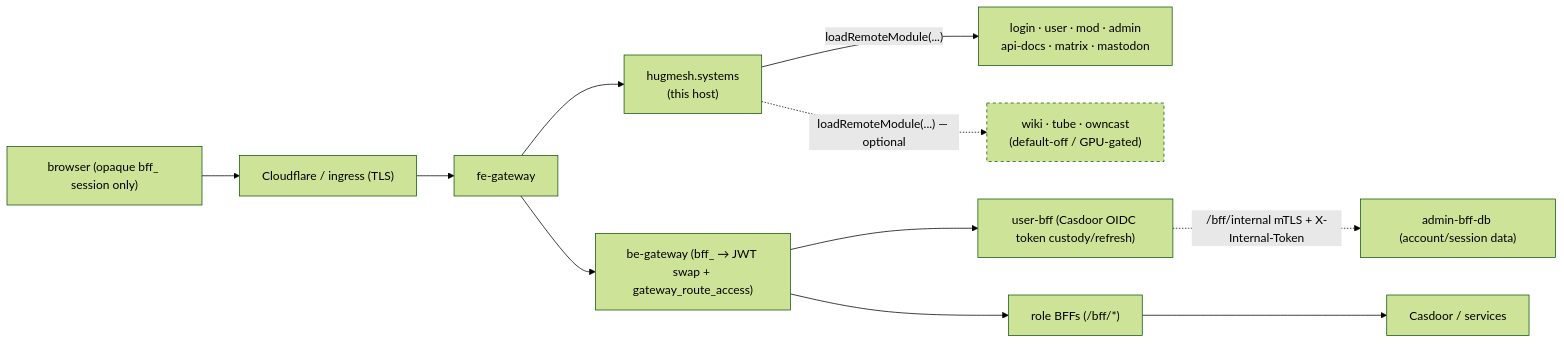
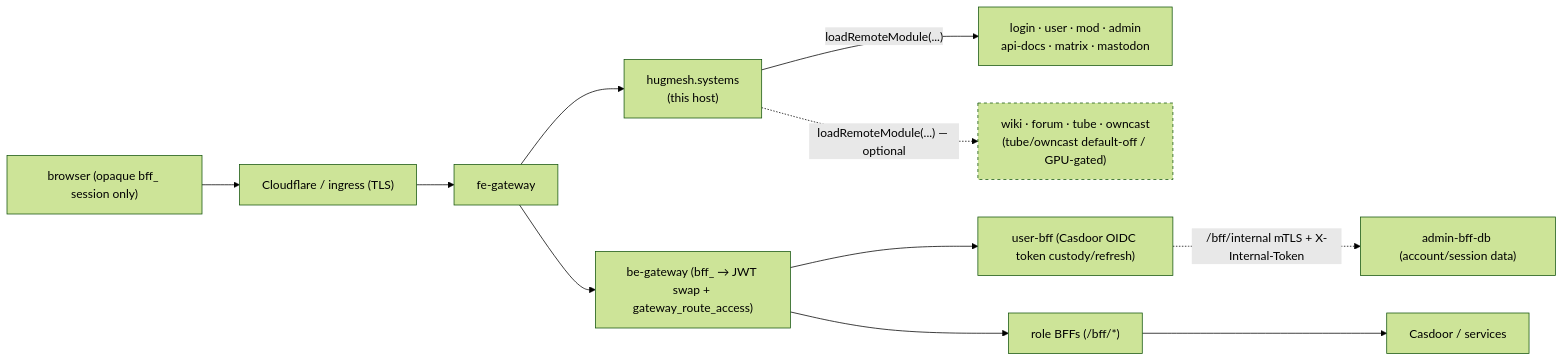
One commit to hugmesh/hugmesh-host-shell changed the diagram in README.md. Above: the diagram before and after it, drawn with Mermaid (forest theme). The commit also changed other lines of this file and 2 other files, not shown here.

First line of the commit message:
docs: reconcile README/e2e docs with the forum-remote + about-copy fixes from #156 (#168)

````diff
--- a/README.md
+++ b/README.md
@@ -190,16 +188,16 @@
 ```mermaid
 flowchart LR
   browser["browser (opaque bff_ session only)"] --> ingress["Cloudflare / ingress (TLS)"]
   ingress --> fe["fe-gateway"]
   fe --> host["hugmesh.systems<br/>(this host)"]
   host -->|"loadRemoteModule(...)"| core["login · user · mod · admin<br/>api-docs · matrix · mastodon"]
-  host -.->|"loadRemoteModule(...) — optional"| opt["wiki · tube · owncast<br/>(default-off / GPU-gated)"]
+  host -.->|"loadRemoteModule(...) — optional"| opt["wiki · forum · tube · owncast<br/>(tube/owncast default-off / GPU-gated)"]
   fe --> be["be-gateway (bff_ → JWT swap + gateway_route_access)"]
   be --> ubff["user-bff (Casdoor OIDC token custody/refresh)"]
   be --> bff["role BFFs (/bff/*)"]
   ubff -.->|"/bff/internal mTLS + X-Internal-Token"| abff["admin-bff-db (account/session data)"]
   bff --> svc["Casdoor / services"]
 
   classDef planned stroke-dasharray:4
   class opt planned
 ```
````
